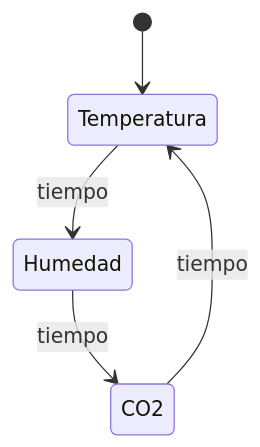
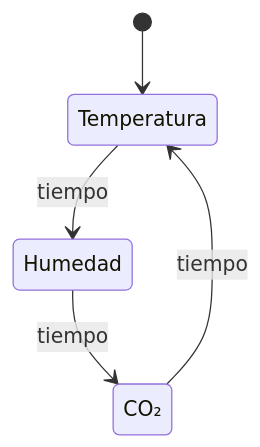
Before and after one commit to monsterRrat/SCTR_EstacionMeteorologica: the diagram in README.md, drawn with Mermaid. The commit also changed other lines of this file, not shown here.

````diff
--- a/README.md
+++ b/README.md
@@ -36,8 +37,8 @@
 ```mermaid
 stateDiagram-v2
     direction TB
     [*] --> Temperatura
     Temperatura --> Humedad : tiempo
-    Humedad --> CO2 : tiempo
-    CO2 --> Temperatura : tiempo
+    Humedad --> CO₂ : tiempo
+    CO₂ --> Temperatura : tiempo
 ```
````
